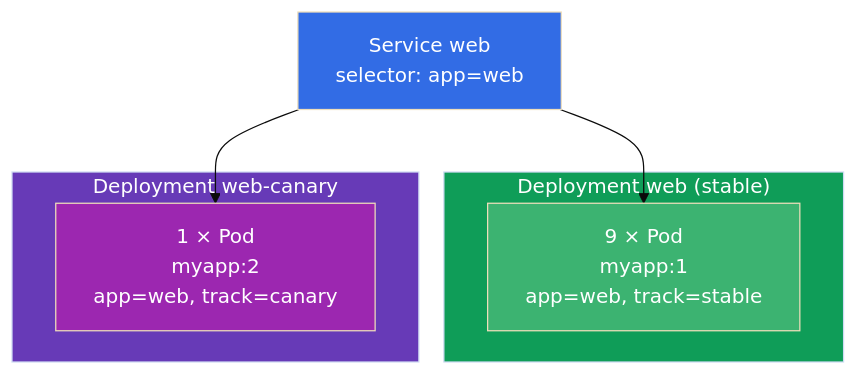
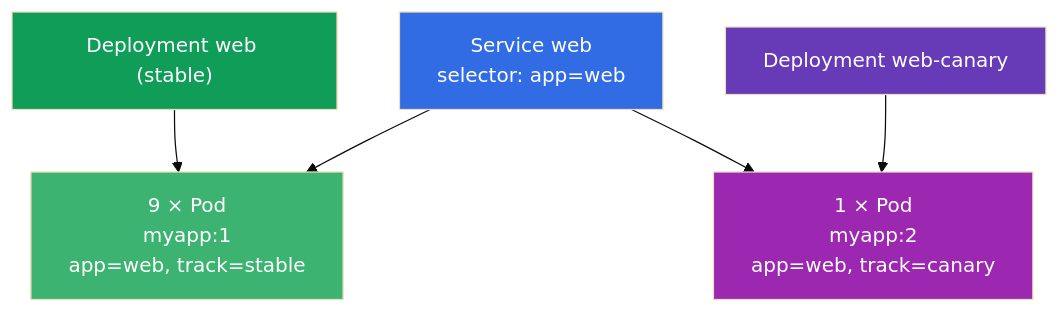
The sixth of 6 diagrams in tasks/cka/course/08/ru.md (ViktorUJ/cks), drawn with Mermaid (base theme) before and after one commit. The commit also changed other lines of this file and 3 other files, not shown here.

````diff
--- a/tasks/cka/course/08/ru.md
+++ b/tasks/cka/course/08/ru.md
@@ -303,17 +297,13 @@
 ```mermaid
 flowchart TB
     svc["Service web<br>selector: app=web"]
-    subgraph stable["Deployment web (stable)"]
-        s["9 × Pod<br>myapp:1<br>app=web, track=stable"]
-    end
-    subgraph canary["Deployment web-canary"]
-        c["1 × Pod<br>myapp:2<br>app=web, track=canary"]
-    end
+    stable["Deployment web (stable)"] --> s["9 × Pod<br>myapp:1<br>app=web, track=stable"]
+    canary["Deployment web-canary"] --> c["1 × Pod<br>myapp:2<br>app=web, track=canary"]
     svc --> s
     svc --> c
     style svc fill:#326ce5,color:#fff
     style stable fill:#0f9d58,color:#fff
     style canary fill:#673ab7,color:#fff
     style s fill:#3cb371,color:#fff
     style c fill:#9c27b0,color:#fff
 ```
````
